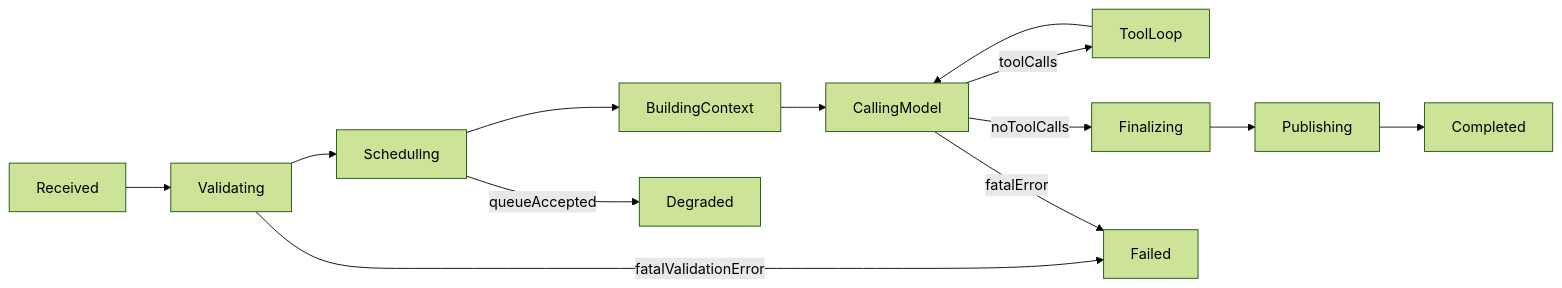
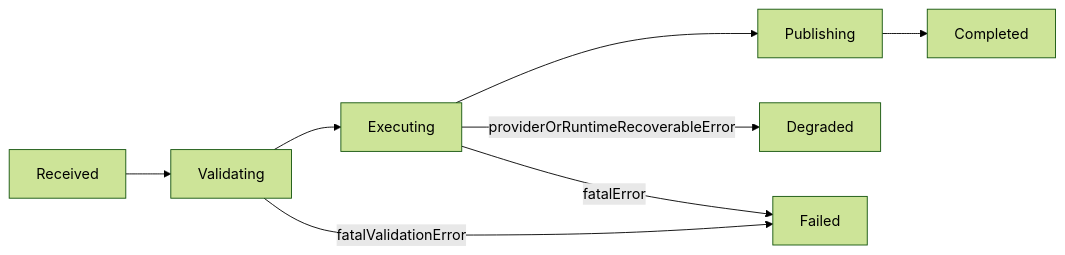
Before and after one commit to zhubby/klaw: the diagram in docs/src/agent-core/runtime-state-machine.md, drawn with Mermaid (forest theme). The commit also changed other lines of this file and 6 other files, not shown here.

````diff
--- a/docs/src/agent-core/runtime-state-machine.md
+++ b/docs/src/agent-core/runtime-state-machine.md
@@ -19,15 +15,10 @@
 ```mermaid
 flowchart LR
     received[Received] --> validating[Validating]
-    validating --> scheduling[Scheduling]
-    scheduling --> buildingContext[BuildingContext]
-    buildingContext --> callingModel[CallingModel]
-    callingModel -->|toolCalls| toolLoop[ToolLoop]
-    toolLoop --> callingModel
-    callingModel -->|noToolCalls| finalizing[Finalizing]
-    finalizing --> publishing[Publishing]
+    validating --> executing[Executing]
+    executing --> publishing[Publishing]
     publishing --> completed[Completed]
-    scheduling -->|queueAccepted| degraded[Degraded]
     validating -->|fatalValidationError| failed[Failed]
-    callingModel -->|fatalError| failed
+    executing -->|providerOrRuntimeRecoverableError| degraded[Degraded]
+    executing -->|fatalError| failed
 ```
````
